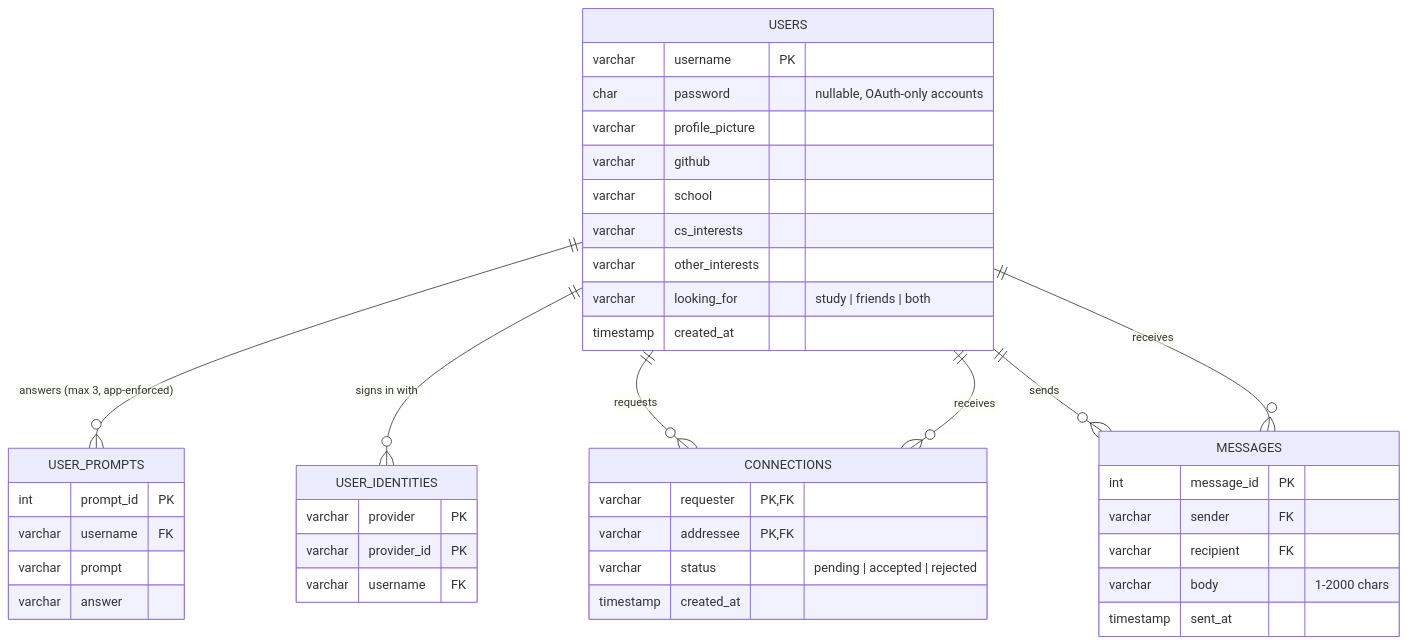
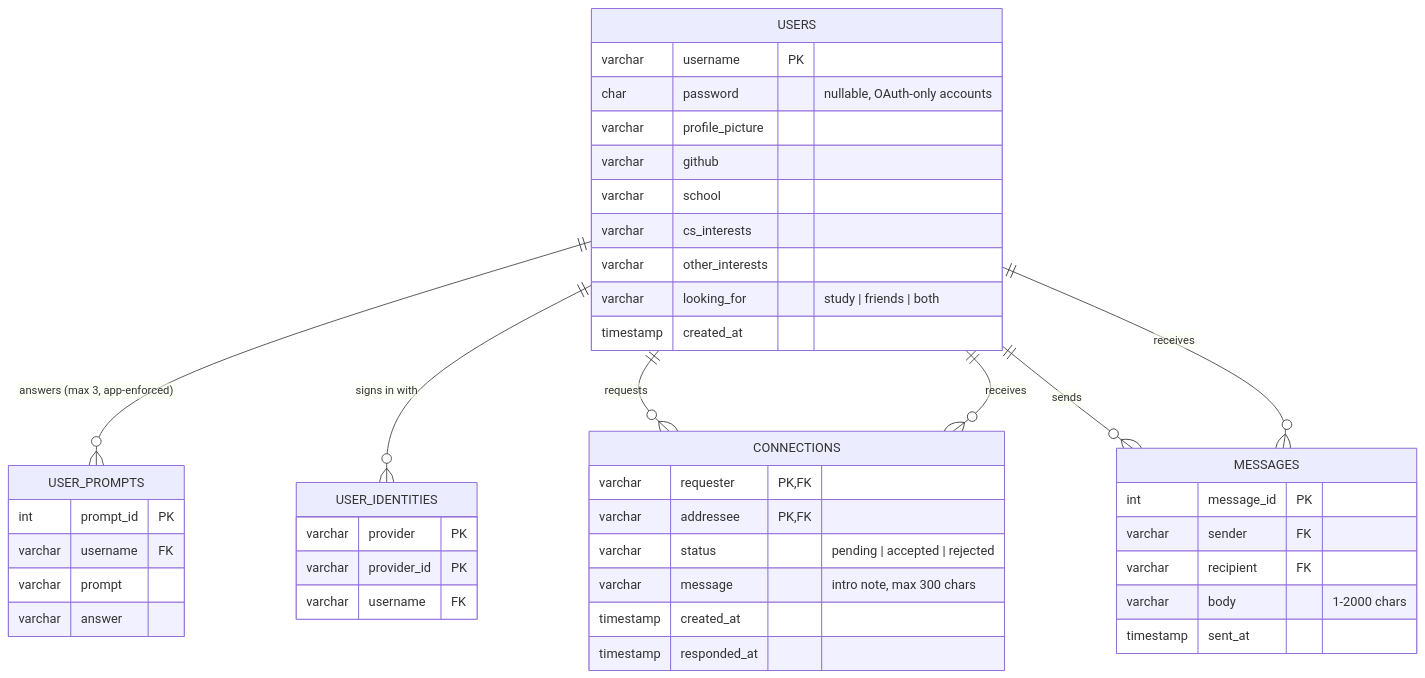
One commit to meerab9/CSCI-3308-Group-Project- changed the diagram in diagrams/erd/erd.mmd. Above: the diagram before and after it, drawn with Mermaid. The commit also changed 12 other files, not shown here.

```diff
--- a/diagrams/erd/erd.mmd
+++ b/diagrams/erd/erd.mmd
@@ -1,42 +1,44 @@
 erDiagram
     USERS {
         varchar username PK
         char password "nullable, OAuth-only accounts"
         varchar profile_picture
         varchar github
         varchar school
         varchar cs_interests
         varchar other_interests
         varchar looking_for "study | friends | both"
         timestamp created_at
     }
     USER_PROMPTS {
         int prompt_id PK
         varchar username FK
         varchar prompt
         varchar answer
     }
     USER_IDENTITIES {
         varchar provider PK
         varchar provider_id PK
         varchar username FK
     }
     CONNECTIONS {
         varchar requester PK,FK
         varchar addressee PK,FK
         varchar status "pending | accepted | rejected"
+        varchar message "intro note, max 300 chars"
         timestamp created_at
+        timestamp responded_at
     }
     MESSAGES {
         int message_id PK
         varchar sender FK
         varchar recipient FK
         varchar body "1-2000 chars"
         timestamp sent_at
     }
     USERS ||--o{ USER_PROMPTS : "answers (max 3, app-enforced)"
     USERS ||--o{ USER_IDENTITIES : "signs in with"
     USERS ||--o{ CONNECTIONS : "requests"
     USERS ||--o{ CONNECTIONS : "receives"
     USERS ||--o{ MESSAGES : "sends"
     USERS ||--o{ MESSAGES : "receives"
```
